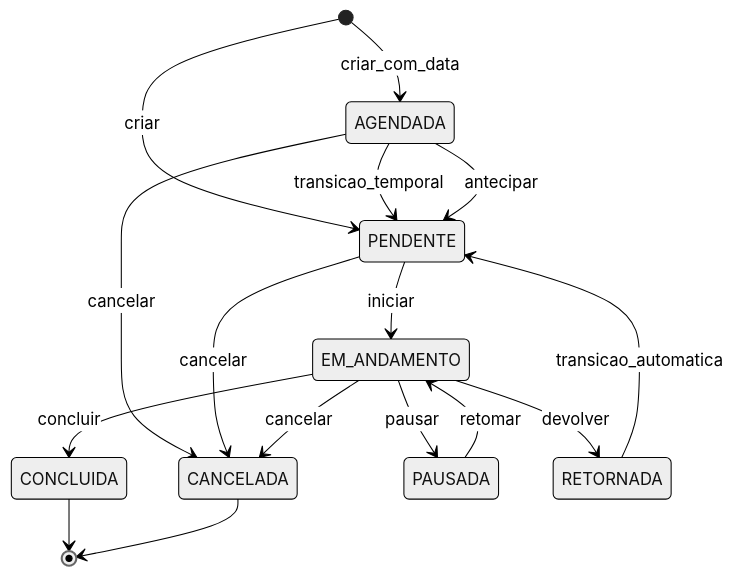
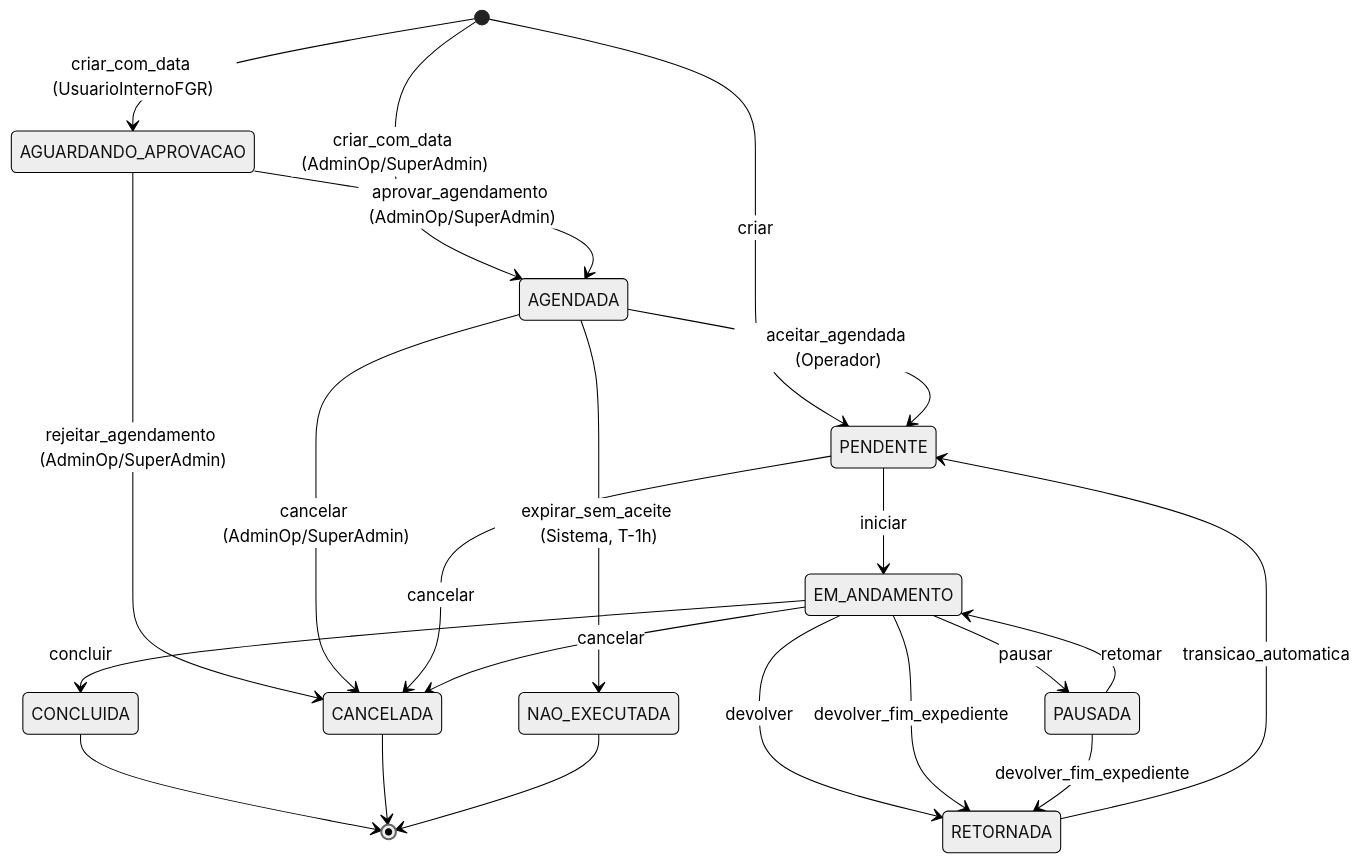
Before and after one commit to paulotks/FGR-Ops-docs: the diagram in docs/SPEC/03-fila-scoring-estados-sla.md, drawn with Mermaid (neutral theme). The commit also changed other lines of this file and 21 other files, not shown here.

````diff
--- a/docs/SPEC/03-fila-scoring-estados-sla.md
+++ b/docs/SPEC/03-fila-scoring-estados-sla.md
@@ -66,24 +67,31 @@
 ```mermaid
 stateDiagram-v2
     [*] --> PENDENTE : criar
-    [*] --> AGENDADA : criar_com_data
+    [*] --> AGENDADA : criar_com_data (AdminOp/SuperAdmin)
+    [*] --> AGUARDANDO_APROVACAO : criar_com_data (UsuarioInternoFGR)
 
-    AGENDADA --> PENDENTE : transicao_temporal
-    AGENDADA --> PENDENTE : antecipar
-    AGENDADA --> CANCELADA : cancelar
+    AGUARDANDO_APROVACAO --> AGENDADA : aprovar_agendamento (AdminOp/SuperAdmin)
+    AGUARDANDO_APROVACAO --> CANCELADA : rejeitar_agendamento (AdminOp/SuperAdmin)
+
+    AGENDADA --> PENDENTE : aceitar_agendada (Operador)
+    AGENDADA --> NAO_EXECUTADA : expirar_sem_aceite (Sistema, T-1h)
+    AGENDADA --> CANCELADA : cancelar (AdminOp/SuperAdmin)
 
     PENDENTE --> EM_ANDAMENTO : iniciar
     PENDENTE --> CANCELADA : cancelar
 
     EM_ANDAMENTO --> CONCLUIDA : concluir
     EM_ANDAMENTO --> PAUSADA : pausar
     EM_ANDAMENTO --> RETORNADA : devolver
+    EM_ANDAMENTO --> RETORNADA : devolver_fim_expediente
     EM_ANDAMENTO --> CANCELADA : cancelar
 
     PAUSADA --> EM_ANDAMENTO : retomar
+    PAUSADA --> RETORNADA : devolver_fim_expediente
 
     RETORNADA --> PENDENTE : transicao_automatica
 
     CONCLUIDA --> [*]
     CANCELADA --> [*]
+    NAO_EXECUTADA --> [*]
 ```
````
